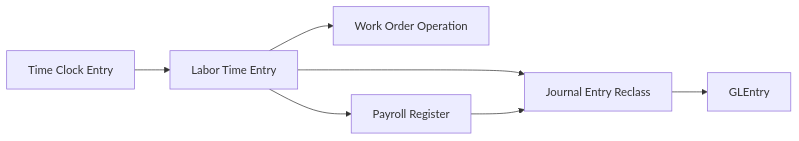
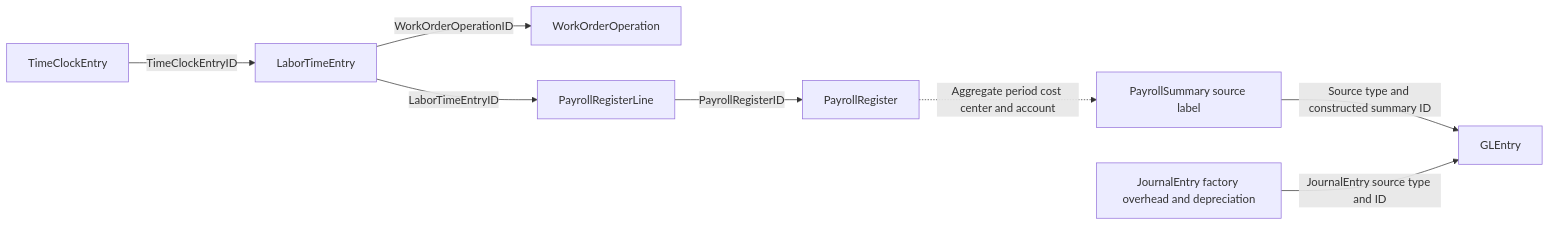
Before and after one commit to mmcodesso/CharlesRiver_Database: the fifth of 6 diagrams in docs/processes/payroll.md, drawn with Mermaid. The commit also changed other lines of this file and 66 other files, not shown here.

````diff
--- a/docs/processes/payroll.md
+++ b/docs/processes/payroll.md
@@ -342,16 +348,12 @@
 ```mermaid
 flowchart LR
-    accTitle: Labor allocation and payroll reclassification evidence
-    accDescr: Approved time leads to labor allocation and work-order operation evidence. Labor and payroll support a reclassification journal and ledger detail.
-    TCE[Time Clock Entry]
-    LTE[Labor Time Entry]
-    WOO[Work Order Operation]
-    PR[Payroll Register]
-    JE[Journal Entry Reclass]
-    GL[GLEntry]
-
-    TCE --> LTE --> WOO
-    LTE --> PR
-    LTE --> JE --> GL
-    PR --> JE
+    accTitle: Manufacturing labor support and direct payroll recognition
+    accDescr: Solid arrows label stored keys or explicit ledger-source identifiers. The dashed arrow represents aggregation rather than a foreign key. PayrollSummary and separate factory-overhead and depreciation journals each reach the ledger.
+    TCE[TimeClockEntry] -->|TimeClockEntryID| LTE[LaborTimeEntry]
+    LTE -->|WorkOrderOperationID| WOO[WorkOrderOperation]
+    LTE -->|LaborTimeEntryID| PRL[PayrollRegisterLine]
+    PRL -->|PayrollRegisterID| PR[PayrollRegister]
+    PR -. Aggregate period cost center and account .-> PS[PayrollSummary source label]
+    PS -->|Source type and constructed summary ID| GL[GLEntry]
+    JE[JournalEntry factory overhead and depreciation] -->|JournalEntry source type and ID| GL
 ```
````
